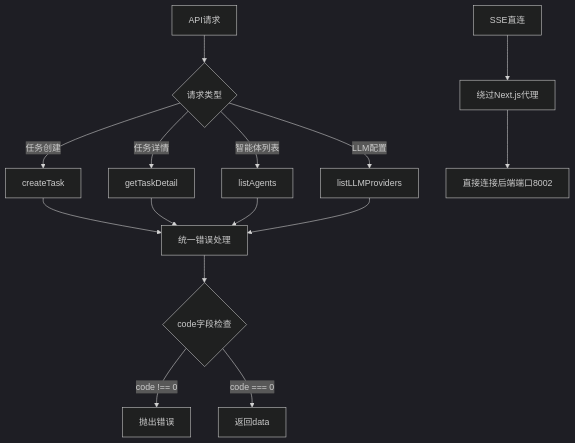
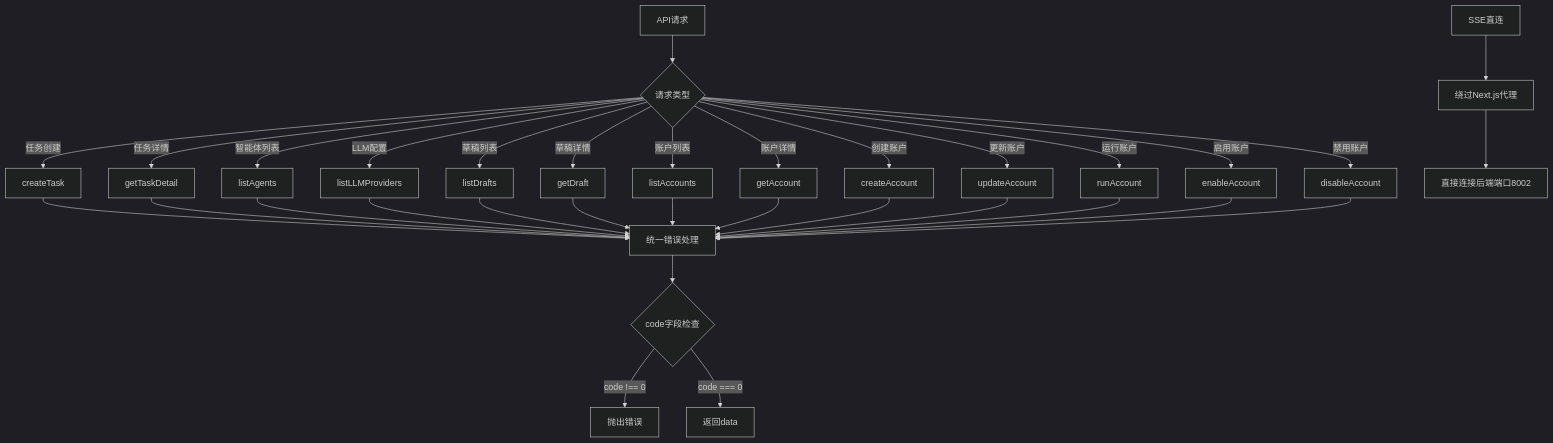
The fourth of 9 diagrams in .qoder/repowiki/zh/content/Frontend Component Library.md (sansansansansan2022-web/hotclaw), drawn with Mermaid (dark theme) before and after one commit. The commit also changed other lines of this file and 44 other files, not shown here.

````diff
--- a/.qoder/repowiki/zh/content/Frontend Component Library.md
+++ b/.qoder/repowiki/zh/content/Frontend Component Library.md
@@ -161,17 +204,35 @@
 ```mermaid
 flowchart TD
 A[API请求] --> B{请求类型}
 B --> |任务创建| C[createTask]
 B --> |任务详情| D[getTaskDetail]
 B --> |智能体列表| E[listAgents]
 B --> |LLM配置| F[listLLMProviders]
-C --> G[统一错误处理]
-D --> G
-E --> G
-F --> G
-G --> H{code字段检查}
-H --> |code !== 0| I[抛出错误]
-H --> |code === 0| J[返回data]
-K[SSE直连] --> L[绕过Next.js代理]
-L --> M[直接连接后端端口8002]
+B --> |草稿列表| G[listDrafts]
+B --> |草稿详情| H[getDraft]
+B --> |账户列表| I[listAccounts]
+B --> |账户详情| J[getAccount]
+B --> |创建账户| K[createAccount]
+B --> |更新账户| L[updateAccount]
+B --> |运行账户| M[runAccount]
+B --> |启用账户| N[enableAccount]
+B --> |禁用账户| O[disableAccount]
+C --> P[统一错误处理]
+D --> P
+E --> P
+F --> P
+G --> P
+H --> P
+I --> P
+J --> P
+K --> P
+L --> P
+M --> P
+N --> P
+O --> P
+P --> Q{code字段检查}
+Q --> |code !== 0| R[抛出错误]
+Q --> |code === 0| S[返回data]
+T[SSE直连] --> U[绕过Next.js代理]
+U --> V[直接连接后端端口8002]
 ```
````
